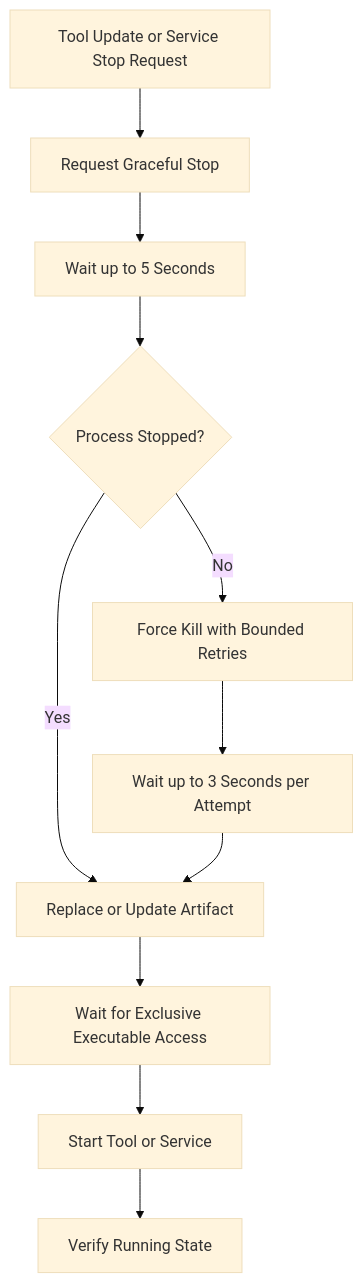
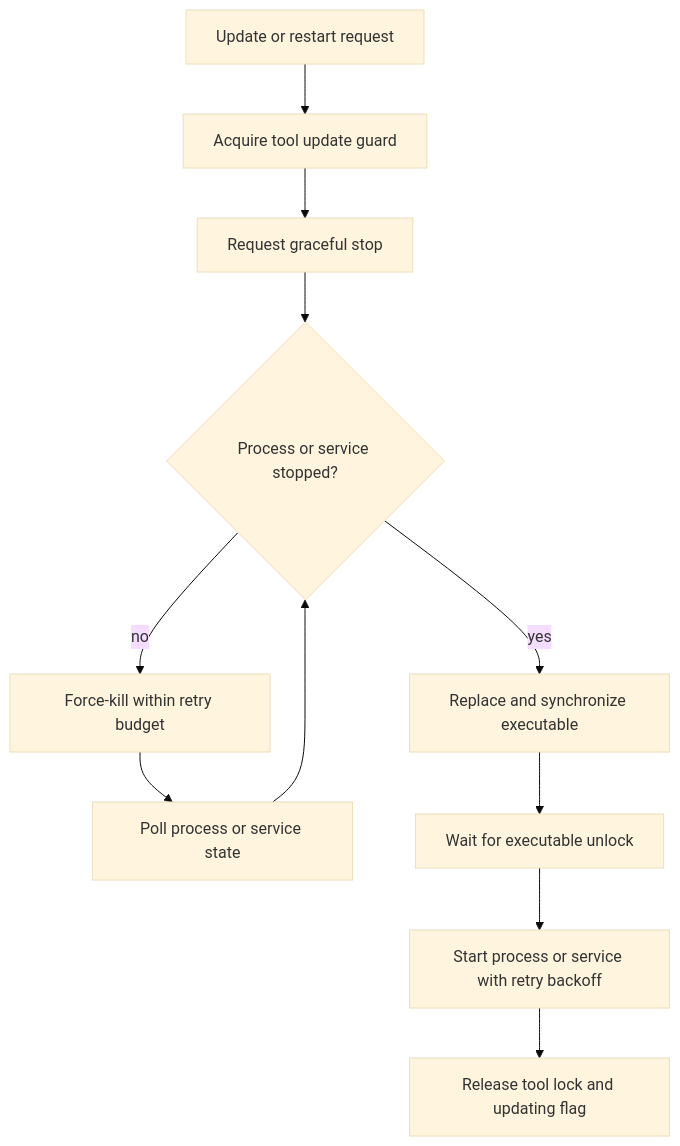
The third of 4 diagrams in docs/reference/architecture/openframe-client-core/config-core/config-core.md (flamingo-stack/openframe-oss-tenant), drawn with Mermaid (base theme) before and after one commit. The commit also changed other lines of this file and 2377 other files, not shown here.

````diff
--- a/docs/reference/architecture/openframe-client-core/config-core/config-core.md
+++ b/docs/reference/architecture/openframe-client-core/config-core/config-core.md
@@ -51,13 +101,13 @@
 ```mermaid
 flowchart TD
-    Request["Tool Update or Service Stop Request"] --> GracefulStop["Request Graceful Stop"]
-    GracefulStop --> WaitGrace["Wait up to 5 Seconds"]
-    WaitGrace --> Stopped{"Process Stopped?"}
-    Stopped -->|"Yes"| Replace["Replace or Update Artifact"]
-    Stopped -->|"No"| ForceKill["Force Kill with Bounded Retries"]
-    ForceKill --> WaitExit["Wait up to 3 Seconds per Attempt"]
-    WaitExit --> Replace
-    Replace --> Unlock["Wait for Exclusive Executable Access"]
-    Unlock --> Start["Start Tool or Service"]
-    Start --> Verify["Verify Running State"]
+    UpdateRequest["Update or restart request"] --> AcquireGuard["Acquire tool update guard"]
+    AcquireGuard --> StopAttempt["Request graceful stop"]
+    StopAttempt --> Stopped{"Process or service stopped?"}
+    Stopped -->|"yes"| ReplaceBinary["Replace and synchronize executable"]
+    Stopped -->|"no"| Escalate["Force-kill within retry budget"]
+    Escalate --> Recheck["Poll process or service state"]
+    Recheck --> Stopped
+    ReplaceBinary --> WaitUnlock["Wait for executable unlock"]
+    WaitUnlock --> StartService["Start process or service with retry backoff"]
+    StartService --> ReleaseGuard["Release tool lock and updating flag"]
 ```
````
